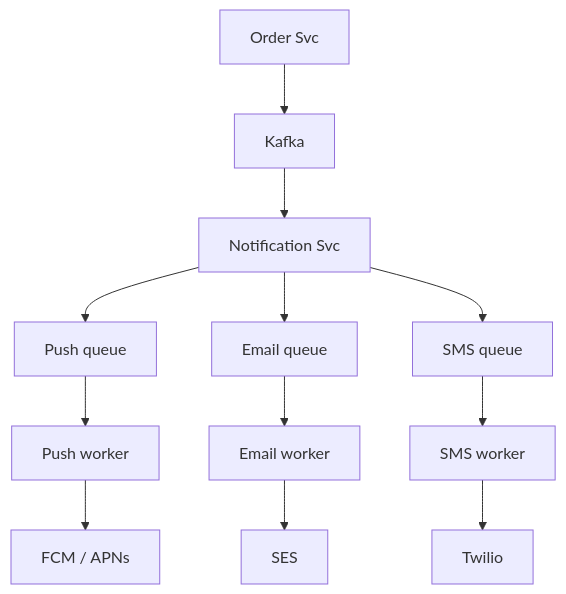
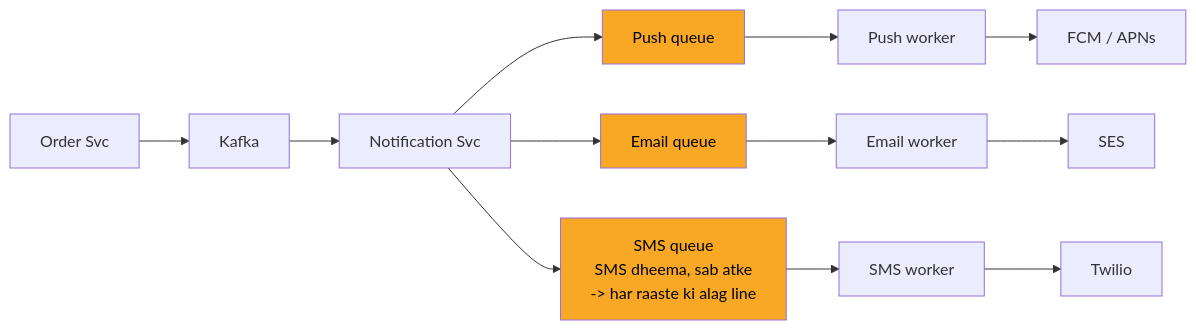
Before and after one commit to ArpanMaheshwari144/Prep: the third of 13 diagrams in 04_HLD/SYSTEM_DESIGNS/04_notification_system/04_notification_system.md, drawn with Mermaid. The commit also changed other lines of this file and 2 other files, not shown here.

Commit message:
notification, payment, file upload: one-day story, short cards, follow-ups with rules, highlighted diagrams

````diff
--- a/04_HLD/SYSTEM_DESIGNS/04_notification_system/04_notification_system.md
+++ b/04_HLD/SYSTEM_DESIGNS/04_notification_system/04_notification_system.md
@@ -119,26 +136,29 @@
 ```mermaid
-flowchart TD
+flowchart LR
     n_Order_Svc["Order Svc"]
     n_Kafka["Kafka"]
     n_Notification_Svc["Notification Svc"]
     n_Push_queue["Push queue"]
     n_Push_worker["Push worker"]
     n_FCM_APNs["FCM / APNs"]
     n_Email_queue["Email queue"]
     n_Email_worker["Email worker"]
     n_SES["SES"]
-    n_SMS_queue["SMS queue"]
+    n_SMS_queue["SMS queue<br/>SMS dheema, sab atke<br/>-> har raaste ki alag line"]
     n_SMS_worker["SMS worker"]
     n_Twilio["Twilio"]
     n_Order_Svc --> n_Kafka
     n_Kafka --> n_Notification_Svc
     n_Notification_Svc --> n_Push_queue
     n_Notification_Svc --> n_Email_queue
     n_Notification_Svc --> n_SMS_queue
     n_Push_queue --> n_Push_worker
     n_Push_worker --> n_FCM_APNs
     n_Email_queue --> n_Email_worker
     n_Email_worker --> n_SES
     n_SMS_queue --> n_SMS_worker
     n_SMS_worker --> n_Twilio
+    style n_Push_queue fill:#f9a825,color:#000
+    style n_Email_queue fill:#f9a825,color:#000
+    style n_SMS_queue fill:#f9a825,color:#000
 ```
````
